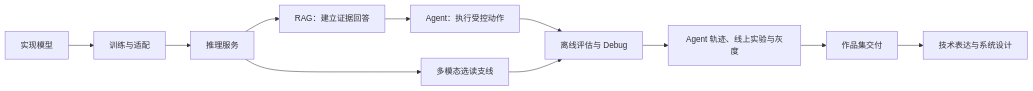
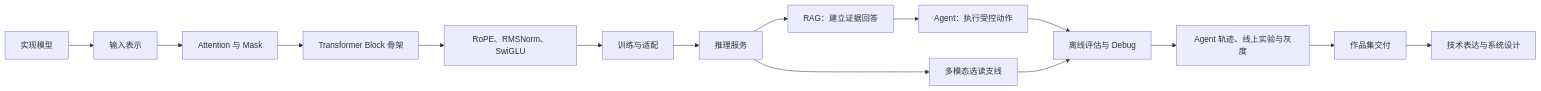
One commit to ChanChiChoi/llm-from-zero-to-interview changed the diagram in book-03-practical-handbook/目录.md. Above: the diagram before and after it, drawn with Mermaid. The commit also changed other lines of this file and 132 other files, not shown here.

````diff
--- a/book-03-practical-handbook/目录.md
+++ b/book-03-practical-handbook/目录.md
@@ -40,13 +43,17 @@
 ```mermaid
 flowchart LR
-    A["实现模型"] --> B["训练与适配"]
+    A["实现模型"] --> A1["输入表示"]
+    A1 --> A2["Attention 与 Mask"]
+    A2 --> A3["Transformer Block 骨架"]
+    A3 --> A4["RoPE、RMSNorm、SwiGLU"]
+    A4 --> B["训练与适配"]
     B --> C["推理服务"]
     C --> D["RAG：建立证据回答"]
     D --> E["Agent：执行受控动作"]
     E --> F["离线评估与 Debug"]
     F --> G["Agent 轨迹、线上实验与灰度"]
     G --> H["作品集交付"]
     H --> I["技术表达与系统设计"]
     C --> J["多模态选读支线"]
     J --> F
 ```
````
